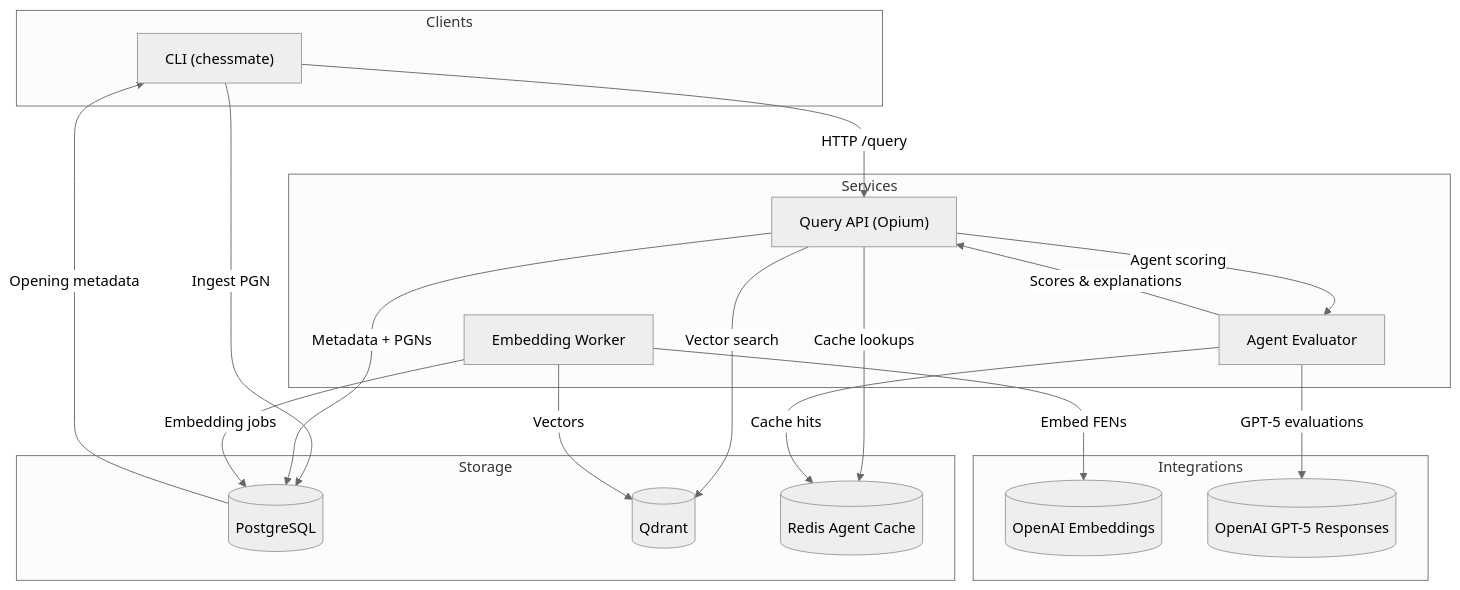
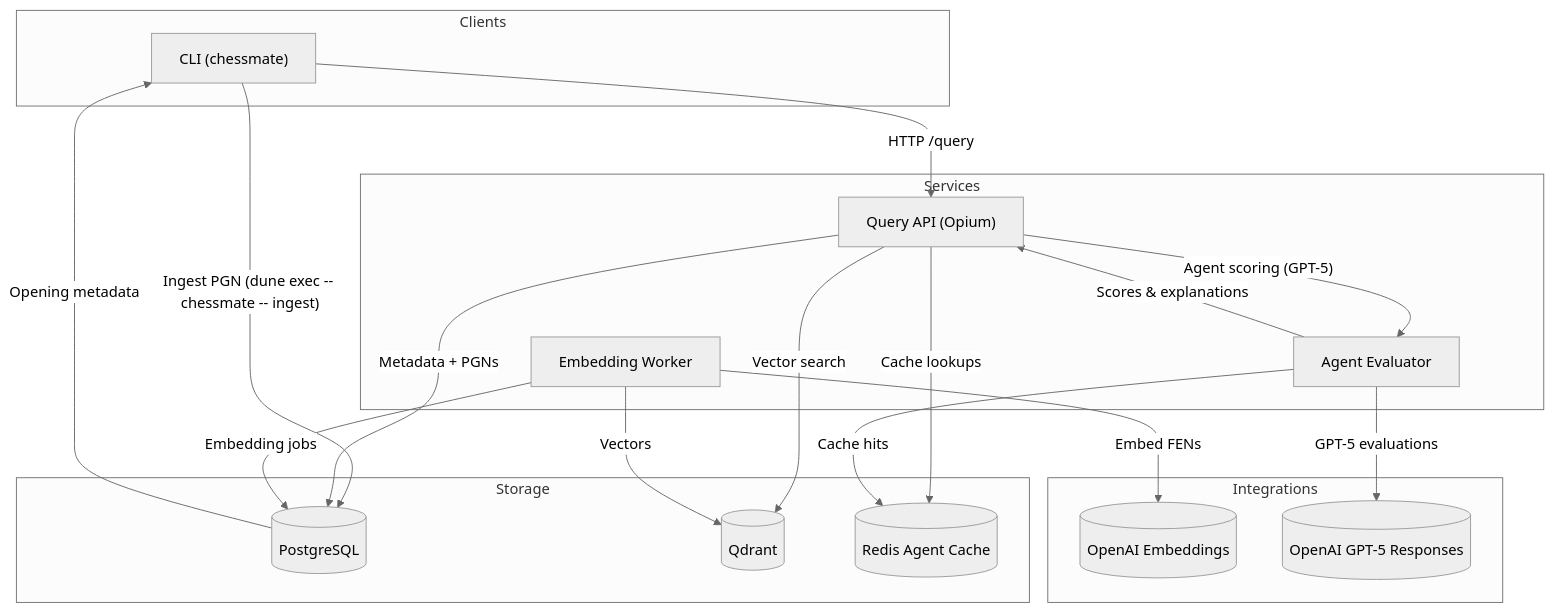
The first of 8 diagrams in docs/ARCHITECTURE.md (HendrikReh/chessmate), drawn with Mermaid (neutral theme) before and after one commit. The commit also changed other lines of this file and 43 other files, not shown here.

````diff
--- a/docs/ARCHITECTURE.md
+++ b/docs/ARCHITECTURE.md
@@ -16,37 +16,37 @@
 ```mermaid
 flowchart TD
   subgraph Clients
     CLI["CLI (chessmate)"]
   end
 
   subgraph Services
     API["Query API (Opium)"]
     Agent["Agent Evaluator"]
     Worker["Embedding Worker"]
   end
 
   subgraph Storage
     PG[("PostgreSQL")]
     QD[("Qdrant")]
     Redis[("Redis Agent Cache")]
   end
 
   subgraph Integrations
     OpenAIEmb[("OpenAI Embeddings")]
     OpenAIGPT[("OpenAI GPT-5 Responses")]
   end
 
   CLI -->|"HTTP /query"| API
-  CLI -->|"Ingest PGN"| PG
+  CLI -->|"Ingest PGN (dune exec -- chessmate -- ingest)"| PG
   API -->|"Metadata + PGNs"| PG
   API -->|"Vector search"| QD
   API -->|"Cache lookups"| Redis
-  API -->|"Agent scoring"| Agent
+  API -->|"Agent scoring (GPT-5)"| Agent
   Agent -->|"Cache hits"| Redis
   Agent -->|"GPT-5 evaluations"| OpenAIGPT
   Agent -->|"Scores & explanations"| API
   Worker -->|"Embedding jobs"| PG
   Worker -->|"Vectors"| QD
   Worker -->|"Embed FENs"| OpenAIEmb
   PG -->|"Opening metadata"| CLI
 ```
````
